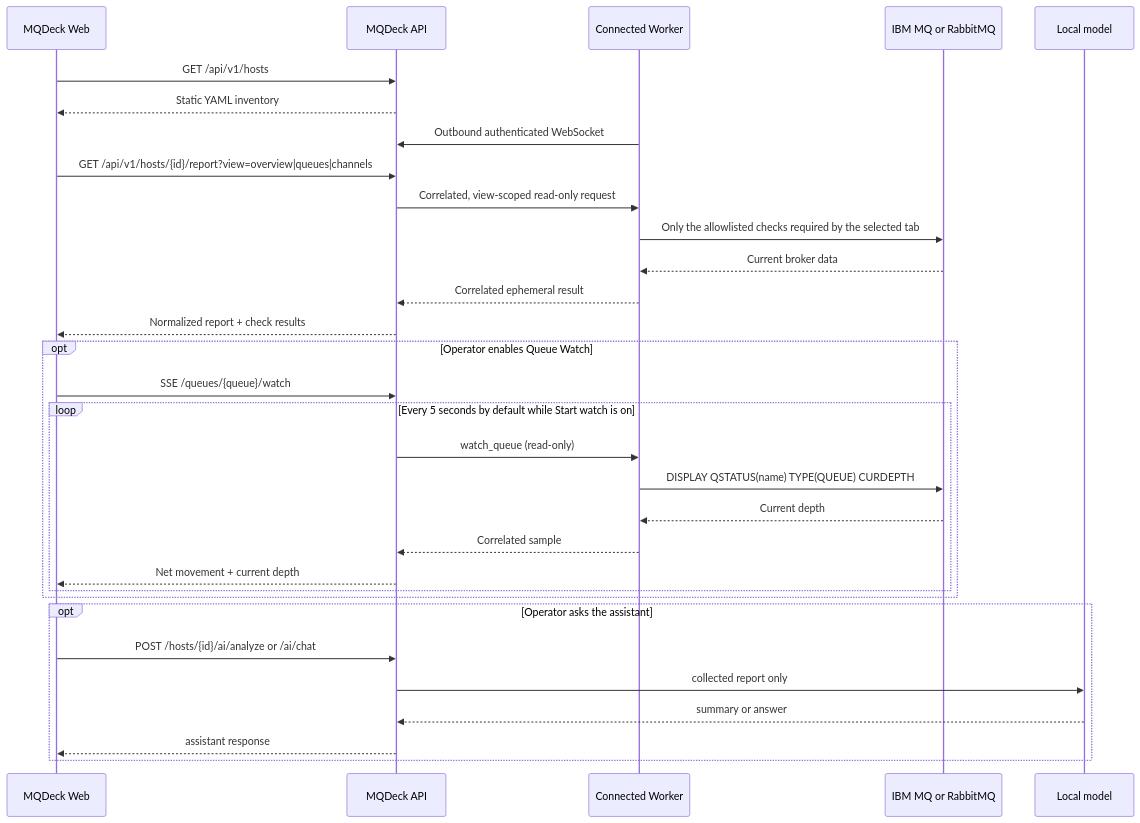
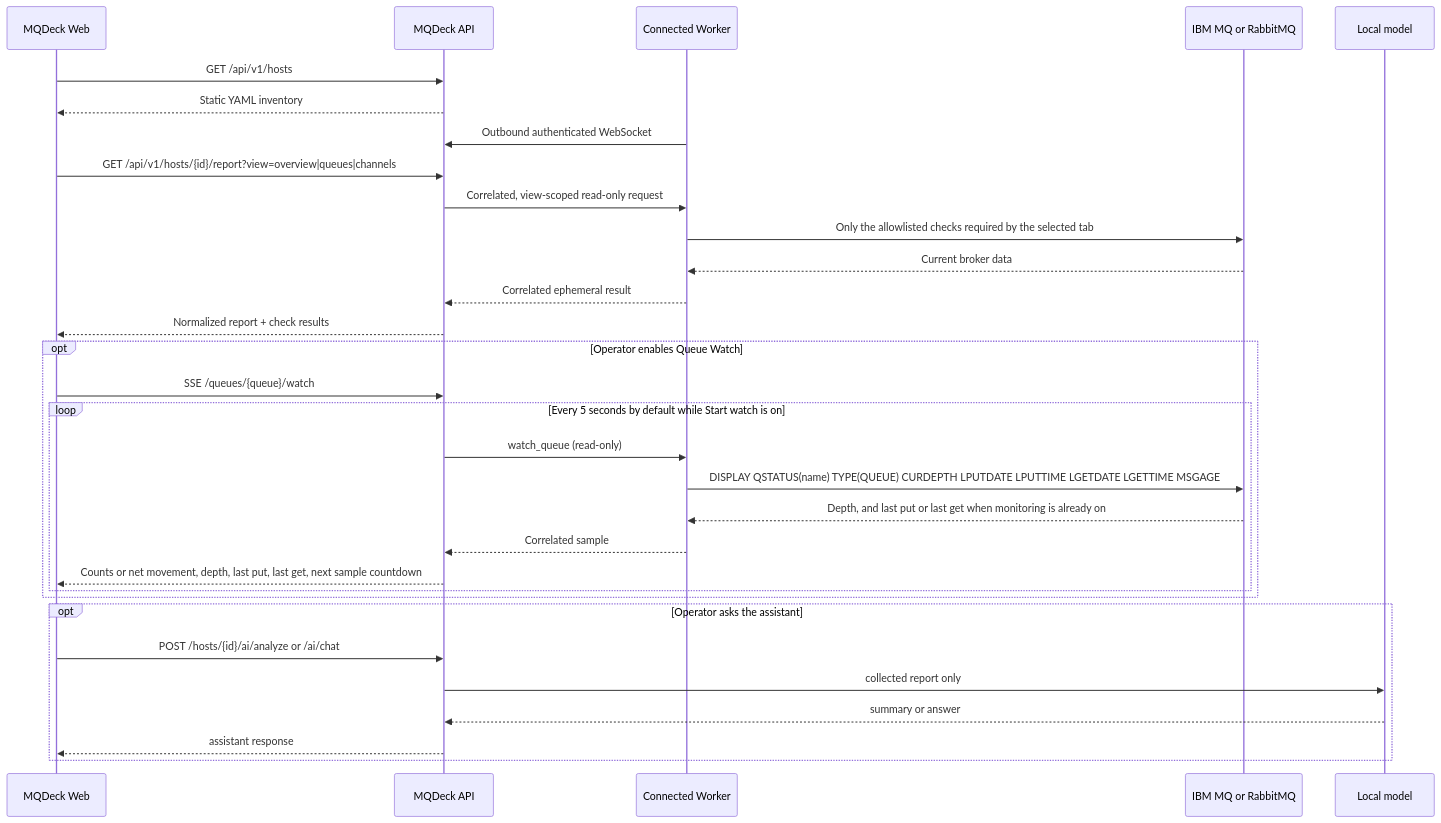
The diagram in docs/on-demand-architecture.md (mqdeck/mqdeck), drawn with Mermaid before and after one commit. The commit also changed other lines of this file and 6 other files, not shown here.

````diff
--- a/docs/on-demand-architecture.md
+++ b/docs/on-demand-architecture.md
@@ -20,34 +20,34 @@
 ```mermaid
 sequenceDiagram
     participant UI as MQDeck Web
     participant API as MQDeck API
     participant A as Connected Worker
     participant MQ as IBM MQ or RabbitMQ
     participant Model as Local model
 
     UI->>API: GET /api/v1/hosts
     API-->>UI: Static YAML inventory
     A->>API: Outbound authenticated WebSocket
     UI->>API: GET /api/v1/hosts/{id}/report?view=overview|queues|channels
     API->>A: Correlated, view-scoped read-only request
     A->>MQ: Only the allowlisted checks required by the selected tab
     MQ-->>A: Current broker data
     A-->>API: Correlated ephemeral result
     API-->>UI: Normalized report + check results
     opt Operator enables Queue Watch
         UI->>API: SSE /queues/{queue}/watch
         loop Every 5 seconds by default while Start watch is on
             API->>A: watch_queue (read-only)
-            A->>MQ: DISPLAY QSTATUS(name) TYPE(QUEUE) CURDEPTH
-            MQ-->>A: Current depth
+            A->>MQ: DISPLAY QSTATUS(name) TYPE(QUEUE) CURDEPTH LPUTDATE LPUTTIME LGETDATE LGETTIME MSGAGE
+            MQ-->>A: Depth, and last put or last get when monitoring is already on
             A-->>API: Correlated sample
-            API-->>UI: Net movement + current depth
+            API-->>UI: Counts or net movement, depth, last put, last get, next sample countdown
         end
     end
     opt Operator asks the assistant
         UI->>API: POST /hosts/{id}/ai/analyze or /ai/chat
         API->>Model: collected report only
         Model-->>API: summary or answer
         API-->>UI: assistant response
     end
 ```
````
